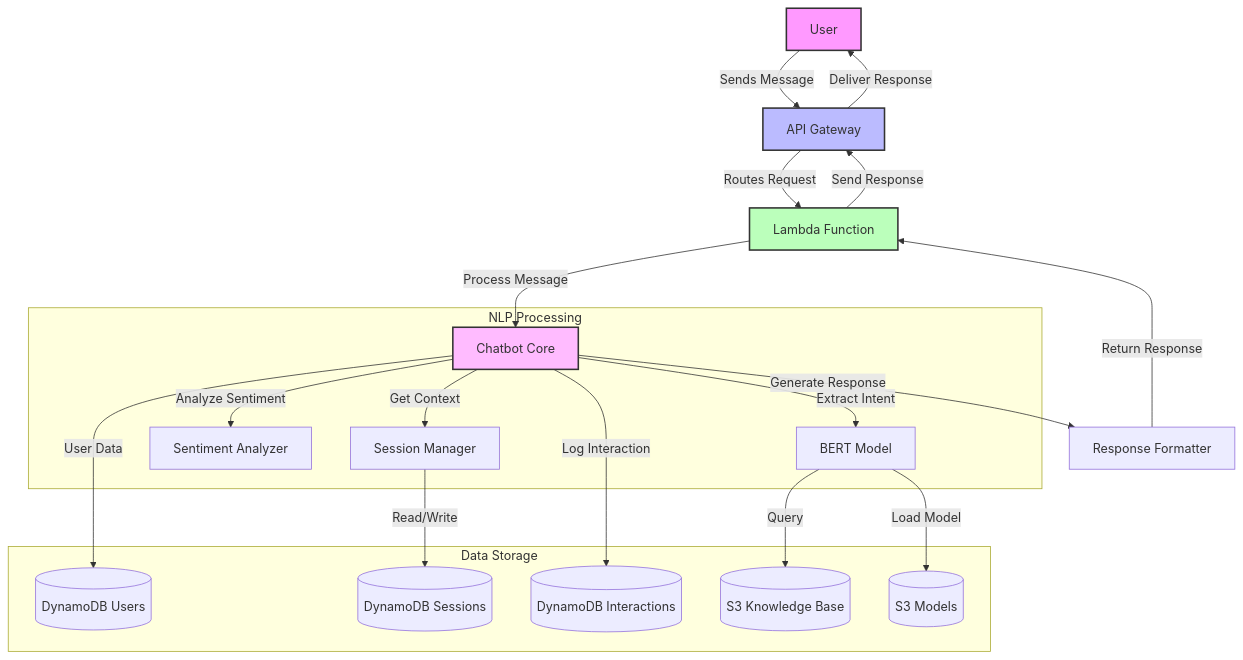
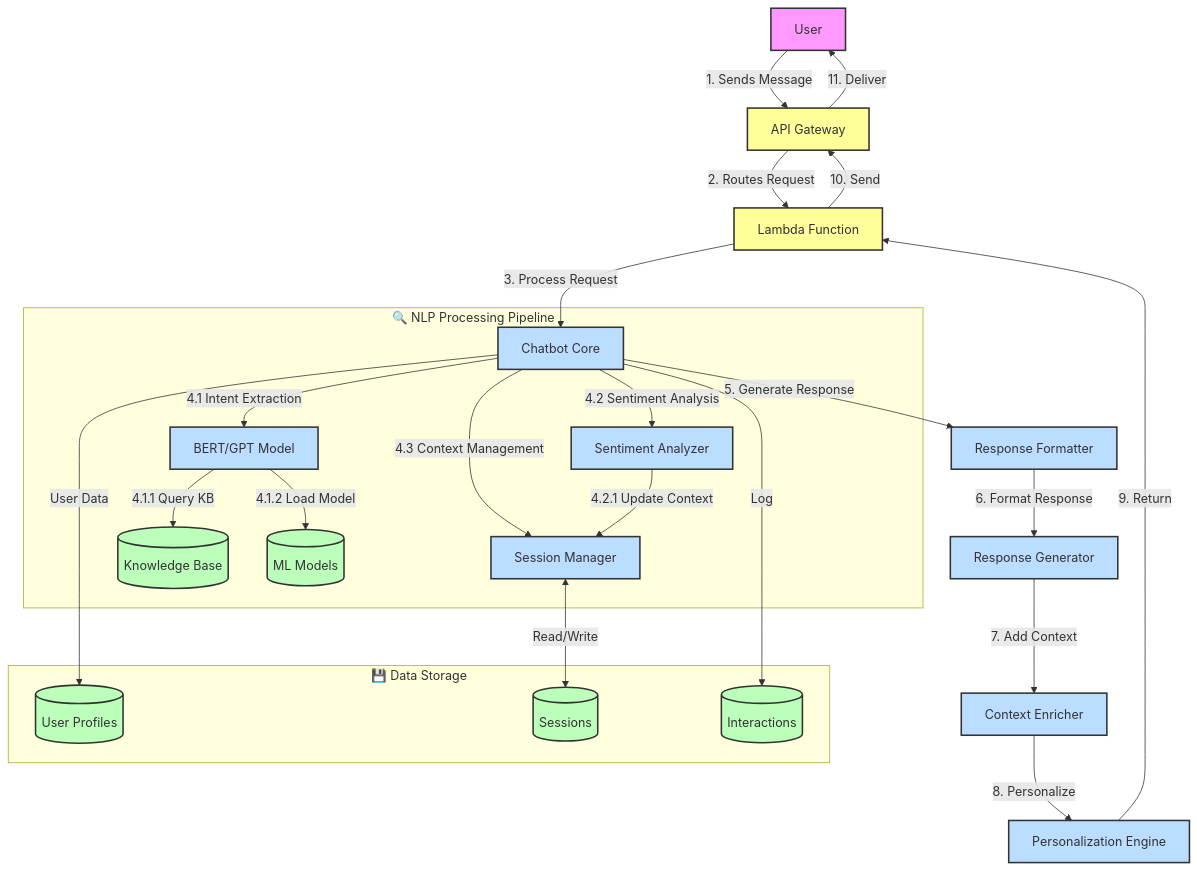
One commit to Darkcoder011/-AI-Powered-Chatbot changed the diagram in README.md. Above: the diagram before and after it, drawn with Mermaid. The commit also changed other lines of this file, not shown here.

Commit message:
docs: enhance README with detailed architecture diagram and flow explanation

````diff
--- a/README.md
+++ b/README.md
@@ -7,36 +9,54 @@
 ```mermaid
-graph TD
-    A[User] -->|Sends Message| B[API Gateway]
-    B -->|Routes Request| C[Lambda Function]
-    C -->|Process Message| D[Chatbot Core]
+flowchart TD
+    %% User Interaction Layer
+    A[User] -->|1. Sends Message| B[API Gateway]
+    B -->|2. Routes Request| C[Lambda Function]
+    C -->|3. Process Request| D[Chatbot Core]
     
-    subgraph "NLP Processing"
-        D -->|Extract Intent| E[BERT Model]
-        D -->|Analyze Sentiment| F[Sentiment Analyzer]
-        D -->|Get Context| G[Session Manager]
+    %% Core Processing
+    subgraph "🔍 NLP Processing Pipeline"
+        D -->|4.1 Intent Extraction| E[BERT/GPT Model]
+        D -->|4.2 Sentiment Analysis| F[Sentiment Analyzer]
+        D -->|4.3 Context Management| G[Session Manager]
+        
+        E -->|4.1.1 Query KB| K[(Knowledge Base)]
+        E -->|4.1.2 Load Model| L[(ML Models)]
+        F -->|4.2.1 Update Context| G
     end
     
-    subgraph "Data Storage"
-        H[(DynamoDB Users)]
-        I[(DynamoDB Sessions)]
-        J[(DynamoDB Interactions)]
-        K[(S3 Knowledge Base)]
-        L[(S3 Models)]
+    %% Data Layer
+    subgraph "💾 Data Storage"
+        H[(User Profiles)]
+        I[(Sessions)]
+        J[(Interactions)]
+        K
+        L
     end
     
-    E -->|Query| K
-    E -->|Load Model| L
-    G -->|Read/Write| I
-    D -->|Log Interaction| J
+    %% Data Flow
+    G <-->|Read/Write| I
+    D -->|Log| J
     D -->|User Data| H
     
-    D -->|Generate Response| M[Response Formatter]
-    M -->|Return Response| C
-    C -->|Send Response| B
-    B -->|Deliver Response| A
-
-    style A fill:#f9f,stroke:#333,stroke-width:2px
-    style B fill:#bbf,stroke:#333,stroke-width:2px
-    style C fill:#bfb,stroke:#333,stroke-width:2px
-    style D fill:#fbf,stroke:#333,stroke-width:2px
+    %% Response Flow
+    D -->|5. Generate Response| M[Response Formatter]
+    M -->|6. Format Response| N[Response Generator]
+    N -->|7. Add Context| O[Context Enricher]
+    O -->|8. Personalize| P[Personalization Engine]
+    
+    %% Response Path
+    P -->|9. Return| C
+    C -->|10. Send| B
+    B -->|11. Deliver| A
+    
+    %% Styling
+    classDef user fill:#f9f,stroke:#333,stroke-width:2px
+    classDef aws fill:#ff9,stroke:#333,stroke-width:2px
+    classDef process fill:#bdf,stroke:#333,stroke-width:2px
+    classDef storage fill:#bfb,stroke:#333,stroke-width:2px
+    
+    class A user
+    class B,C aws
+    class D,E,F,G,M,N,O,P process
+    class H,I,J,K,L storage
 ```
````
